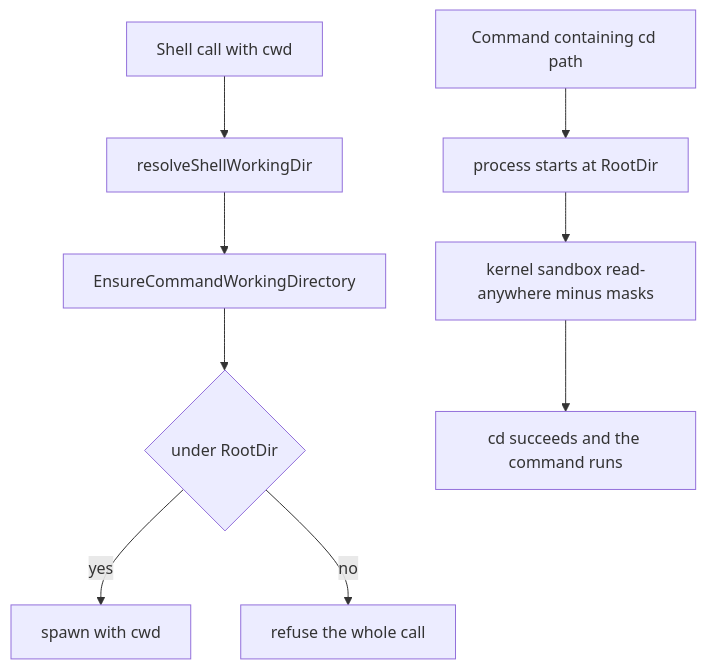
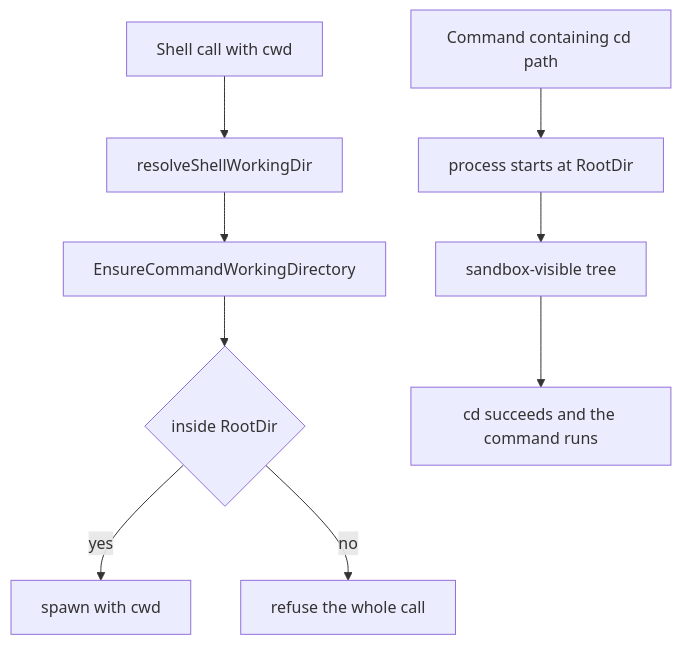
One commit to prime-radiant-inc/evener changed the diagram in docs/superpowers/specs/2026-10-25-issue-4332-readonly-shell-cwd.md. Above: the diagram before and after it, drawn with Mermaid. The commit also changed other lines of this file, not shown here.

First line of the commit message:
docs(sandbox): revise issue 4332 spec after PAR round 1

````diff
--- a/docs/superpowers/specs/2026-10-25-issue-4332-readonly-shell-cwd.md
+++ b/docs/superpowers/specs/2026-10-25-issue-4332-readonly-shell-cwd.md
@@ -41,11 +57,11 @@
 ```mermaid
 flowchart TB
   A[Shell call with cwd] --> B[resolveShellWorkingDir]
   B --> C[EnsureCommandWorkingDirectory]
-  C --> D{under RootDir}
+  C --> D{inside RootDir}
   D -- yes --> E[spawn with cwd]
   D -- no --> F[refuse the whole call]
   G[Command containing cd path] --> H[process starts at RootDir]
-  H --> I[kernel sandbox read-anywhere minus masks]
+  H --> I[sandbox-visible tree]
   I --> J[cd succeeds and the command runs]
 ```
````
